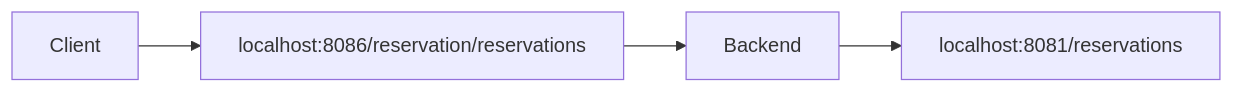
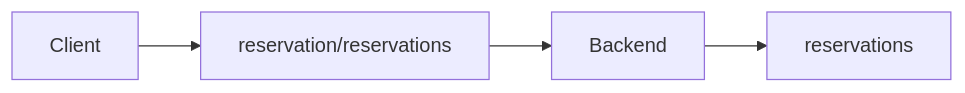
Before and after one commit to rarmero/appwebcifolavioleta: the diagram in web/springboot/springbootThymeleaf.qmd, drawn with Mermaid. The commit also changed other lines of this file and 2 other files, not shown here.

````diff
--- a/web/springboot/springbootThymeleaf.qmd
+++ b/web/springboot/springbootThymeleaf.qmd
@@ -5,6 +12,5 @@
 ```{mermaid}
 flowchart LR
-  A[Client] --> B[localhost:8086/reservation/reservations] --> C[Backend]
-  C --> D[localhost:8081/reservations]
-  
+  A[Client] --> B[reservation/reservations] --> C[Backend]
+  C --> D[reservations]
 ```
````
